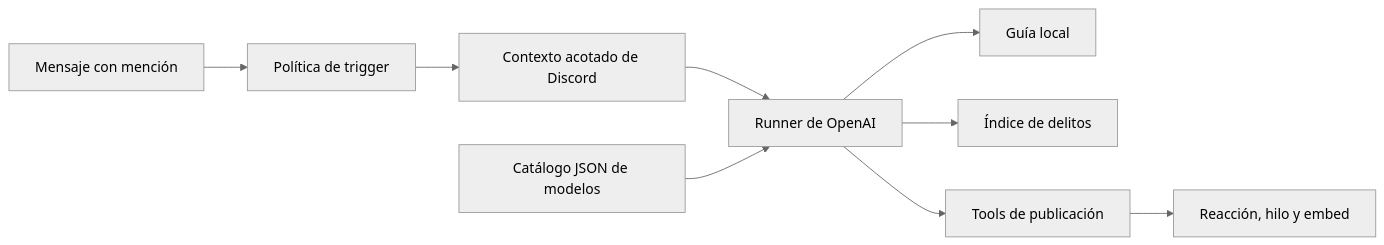
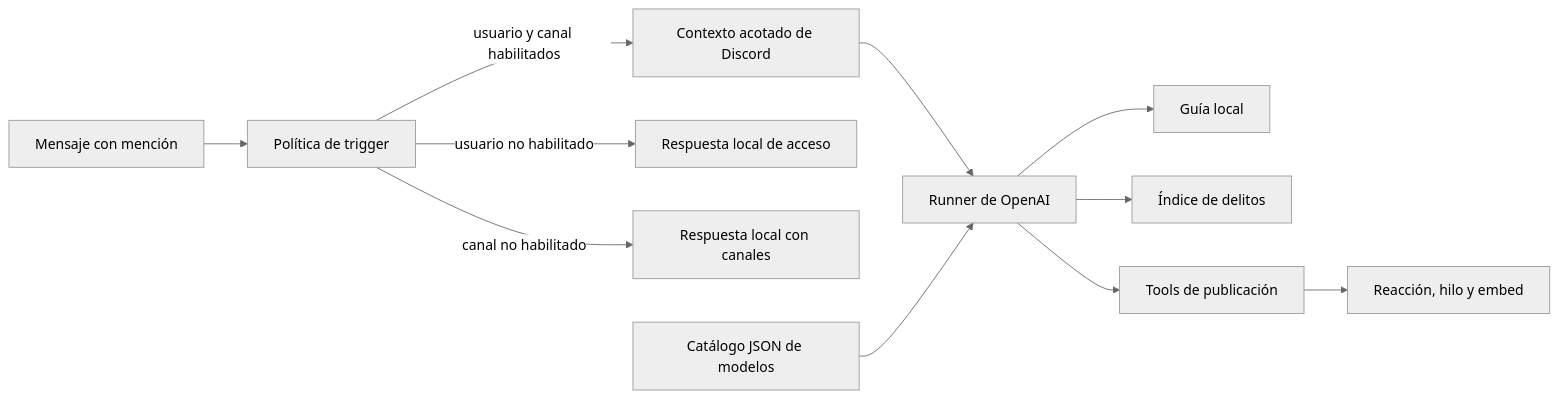
Before and after one commit to SouthViking/arrest-report-agent: the diagram in docs/ARCHITECTURE.md, drawn with Mermaid (neutral theme). The commit also changed other lines of this file and 10 other files, not shown here.

````diff
--- a/docs/ARCHITECTURE.md
+++ b/docs/ARCHITECTURE.md
@@ -5,11 +5,13 @@
 ```mermaid
 flowchart LR
     M["Mensaje con mención"] --> T["Política de trigger"]
-    T --> C["Contexto acotado de Discord"]
+    T -->|"usuario y canal habilitados"| C["Contexto acotado de Discord"]
+    T -->|"usuario no habilitado"| U["Respuesta local de acceso"]
+    T -->|"canal no habilitado"| W["Respuesta local con canales"]
     C --> R["Runner de OpenAI"]
     J["Catálogo JSON de modelos"] --> R
     R --> G["Guía local"]
     R --> D["Índice de delitos"]
     R --> P["Tools de publicación"]
     P --> X["Reacción, hilo y embed"]
 ```
````
